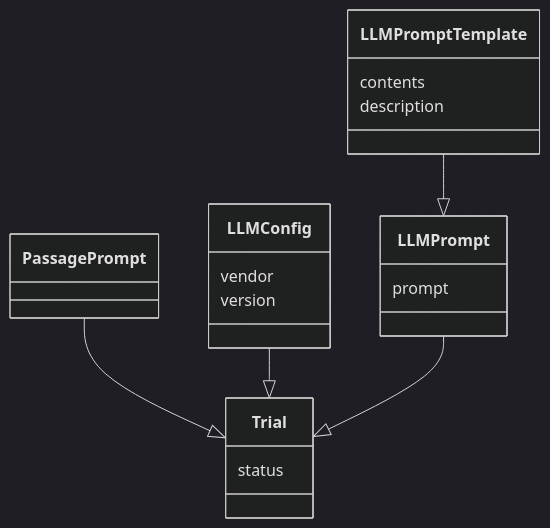
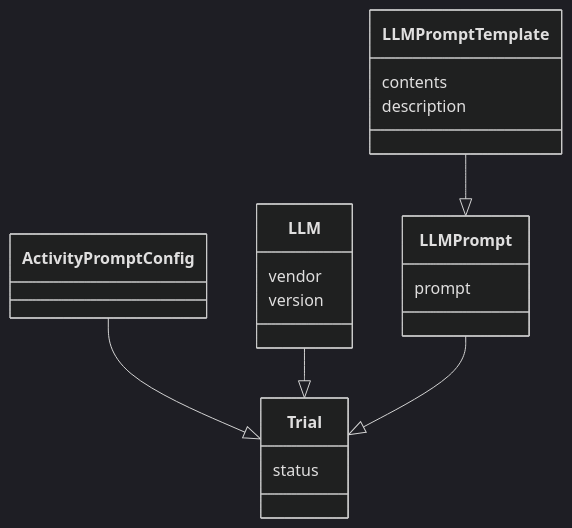
Before and after one commit to empirical-org/Empirical-Core: the second of 3 diagrams in services/QuillLMS/engines/evidence/app/models/evidence/research/readme.md, drawn with Mermaid (dark theme). The commit also changed other lines of this file and 116 other files, not shown here.

First line of the commit message:
Rename LLMConfig to LLM (#11880)

````diff
--- a/services/QuillLMS/engines/evidence/app/models/evidence/research/readme.md
+++ b/services/QuillLMS/engines/evidence/app/models/evidence/research/readme.md
@@ -33,24 +33,24 @@
 ```mermaid
 classDiagram
-    class LLMConfig {
+    class LLM {
          vendor
          version
     }
     class LLMPrompt {
          prompt
     }
     class LLMPromptTemplate {
          contents
          description
     }
-    class PassagePrompt {
+    class ActivityPromptConfig {
     }
     class Trial {
          status
     }
 
-    PassagePrompt --|> Trial
-    LLMConfig --|> Trial
+    ActivityPromptConfig --|> Trial
+    LLM --|> Trial
     LLMPromptTemplate --|> LLMPrompt
     LLMPrompt --|> Trial
 ```
````
